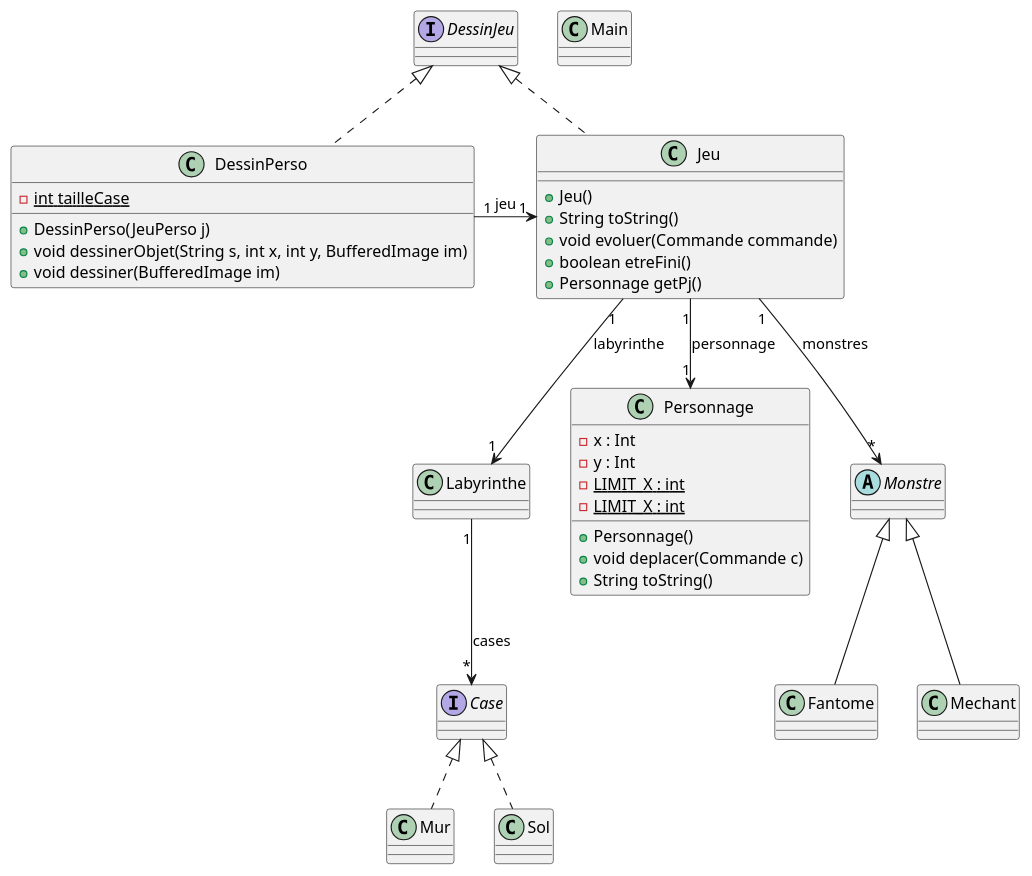
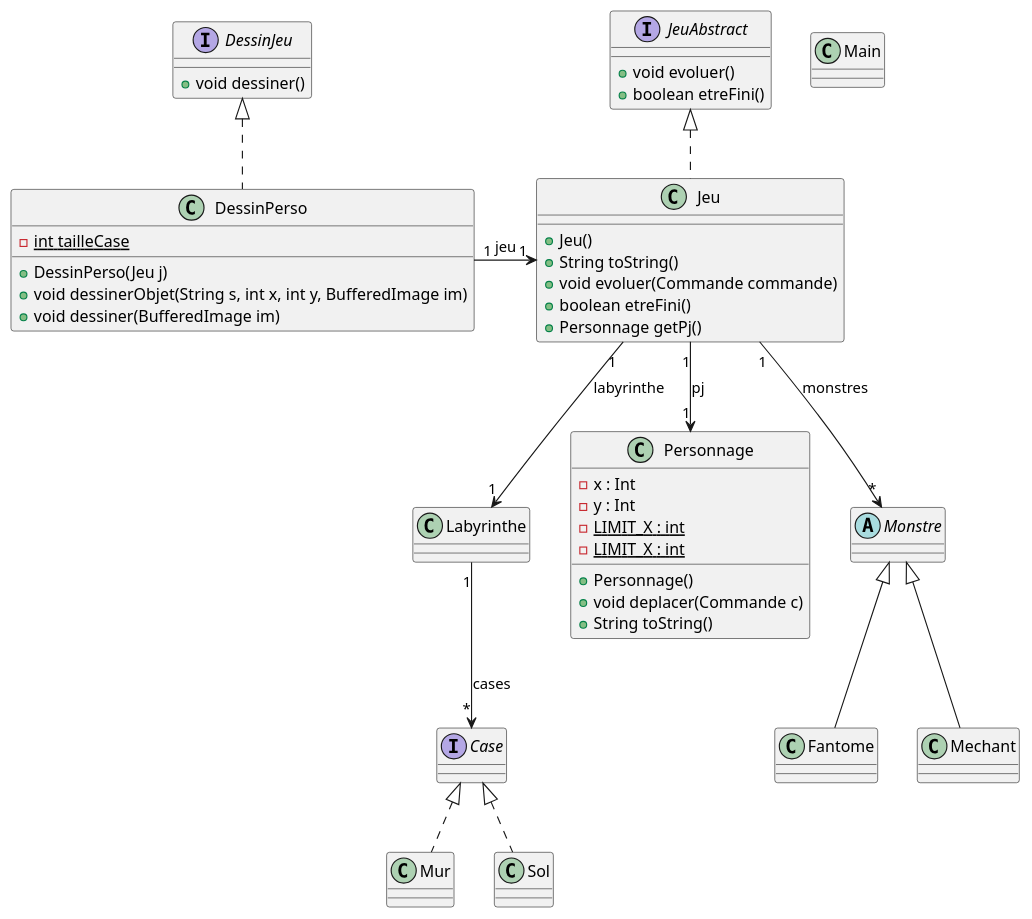
Before and after one commit to MichelGrolet/2d-game: the diagram in documents/version_2/diagramme.puml, drawn with PlantUML.

```diff
--- a/documents/version_2/diagramme.puml
+++ b/documents/version_2/diagramme.puml
@@ -1,67 +1,76 @@
 @startuml
 
 class Labyrinthe {
 
 }
 Labyrinthe "1" --> "*" Case : cases
 
 interface Case {
 
 }
 
 class Mur implements Case {
 
 }
 
 class Sol implements Case {
 
 }
 
 class Personnage {
     - x : Int
     - y : Int
     - {static} LIMIT_X : int
     - {static} LIMIT_X : int
     + Personnage()
     + void deplacer(Commande c)
     + String toString()
 }
 
 abstract class Monstre {
 
 }
 
 class Fantome extends Monstre {
 
 }
 
 class Mechant extends Monstre {
 
 }
 
+interface JeuAbstract {
+    + void evoluer()
+    + boolean etreFini()
+}
+
+interface DessinJeu {
+    + void dessiner()
+}
+
 Jeu "1" --> "1" Labyrinthe : labyrinthe
-Jeu "1" --> "1" Personnage : personnage
+Jeu "1" --> "1" Personnage : pj
 Jeu "1" --> "*" Monstre : monstres
 
 class Main {
 
 }
 
-class Jeu implements DessinJeu {
+class Jeu implements JeuAbstract {
     + Jeu()
     + String toString()
     + void evoluer(Commande commande)
     + boolean etreFini()
     + Personnage getPj()
 }
 
 class DessinPerso implements DessinJeu {
     - {static} int tailleCase
-    + DessinPerso(JeuPerso j)
+    + DessinPerso(Jeu j)
     + void dessinerObjet(String s, int x, int y, BufferedImage im)
     + void dessiner(BufferedImage im)
 }
 DessinPerso "1" -> "1" Jeu : jeu
 
 
 @enduml
```
